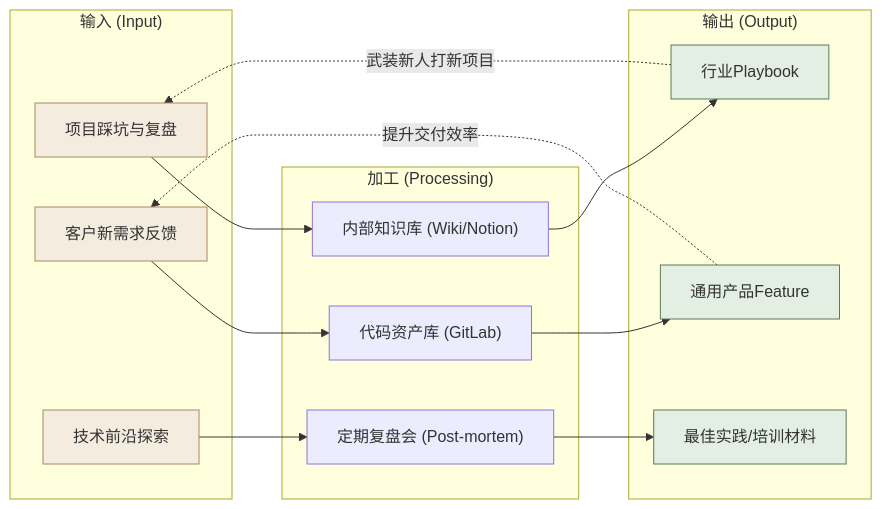
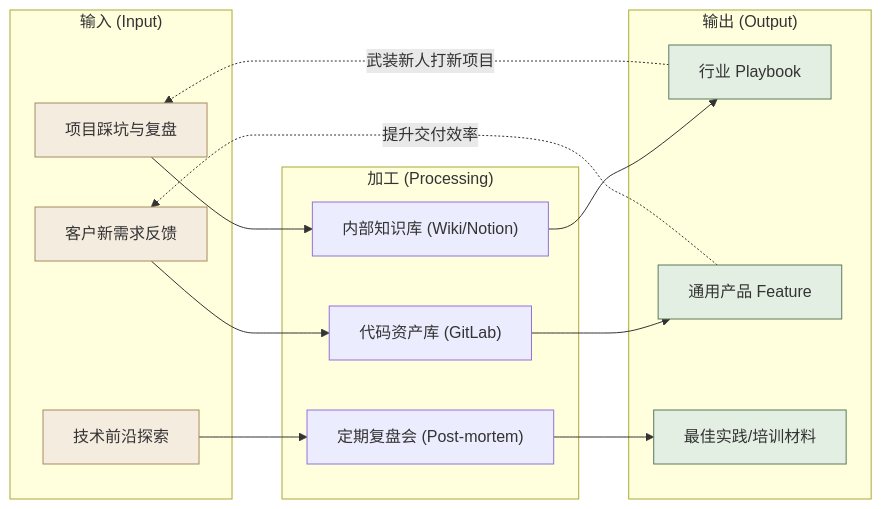
One commit to cloudzun/fde-course changed the second of 2 diagrams in textbook/第12章_FDE人才培养与知识管理.md. Above: the diagram before and after it, drawn with Mermaid. The commit also changed other lines of this file and 25 other files, not shown here.

````diff
--- a/textbook/第12章_FDE人才培养与知识管理.md
+++ b/textbook/第12章_FDE人才培养与知识管理.md
@@ -122,39 +122,39 @@
 ```mermaid
 graph LR
     subgraph "输入 (Input)"
         i1["项目踩坑与复盘"]
         i2["客户新需求反馈"]
         i3["技术前沿探索"]
     end
     
     subgraph "加工 (Processing)"
         p1["内部知识库 (Wiki/Notion)"]
         p2["代码资产库 (GitLab)"]
         p3["定期复盘会 (Post-mortem)"]
     end
     
     subgraph "输出 (Output)"
-        o1["行业Playbook"]
-        o2["通用产品Feature"]
+        o1["行业 Playbook"]
+        o2["通用产品 Feature"]
         o3["最佳实践/培训材料"]
     end
     
     i1 --> p1
     i2 --> p2
     i3 --> p3
     
     p1 --> o1
     p2 --> o2
     p3 --> o3
     
     %% 飞轮效应反馈线
     o1 -.->|武装新人打新项目| i1
     o2 -.->|提升交付效率| i2
 
     style i1 fill:#f5ece0,stroke:#a8895f
     style i2 fill:#f5ece0,stroke:#a8895f
     style i3 fill:#f5ece0,stroke:#a8895f
     style o1 fill:#e4efe4,stroke:#5b7a5b
     style o2 fill:#e4efe4,stroke:#5b7a5b
     style o3 fill:#e4efe4,stroke:#5b7a5b
 ```
````
